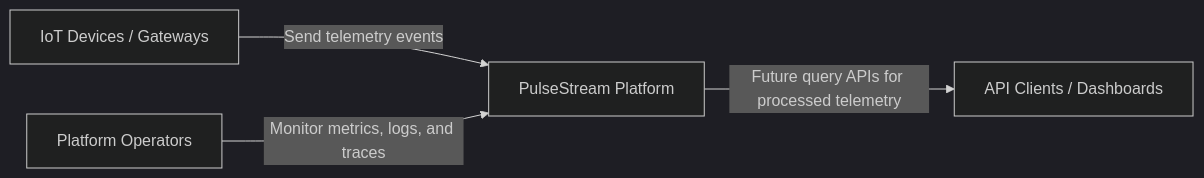
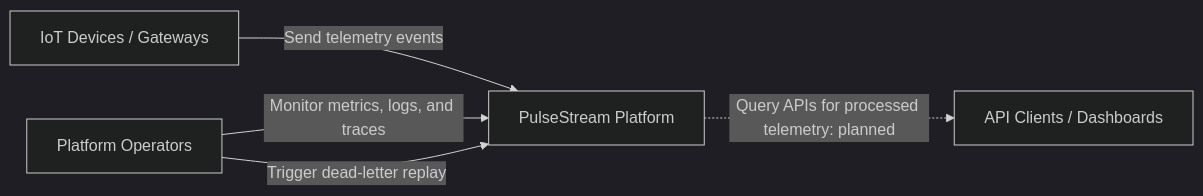
One commit to ME-Massine/pulsestream changed the first of 4 diagrams in docs/architecture/c4-model.md. Above: the diagram before and after it, drawn with Mermaid (dark theme). The commit also changed other lines of this file and 15 other files, not shown here.

First line of the commit message:
docs: synchronize project state, roadmap, and diagrams (#261)

````diff
--- a/docs/architecture/c4-model.md
+++ b/docs/architecture/c4-model.md
@@ -32,12 +32,13 @@
 ```mermaid
 flowchart LR
     D[IoT Devices / Gateways]
     U[API Clients / Dashboards]
     O[Platform Operators]
 
     P[PulseStream Platform]
 
     D -->|Send telemetry events| P
-    P -->|Future query APIs for processed telemetry| U
+    P -.->|Query APIs for processed telemetry: planned| U
     O -->|Monitor metrics, logs, and traces| P
+    O -->|Trigger dead-letter replay| P
 ```
````
